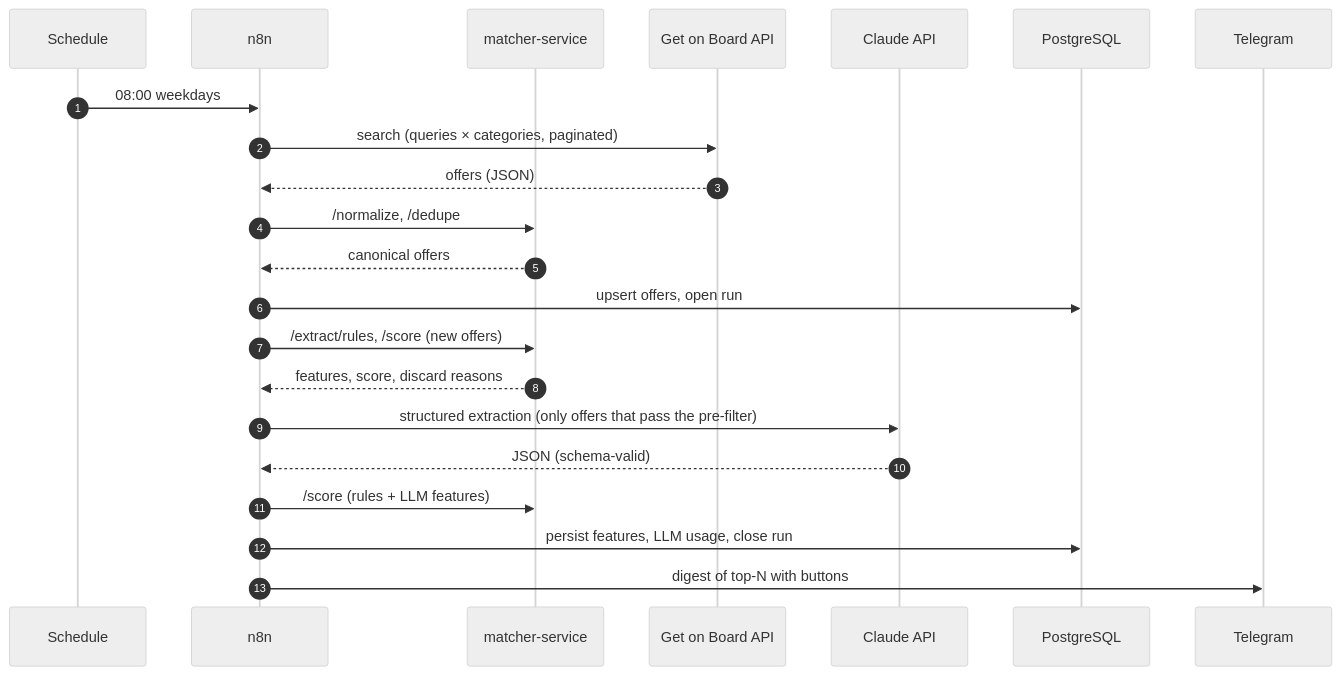
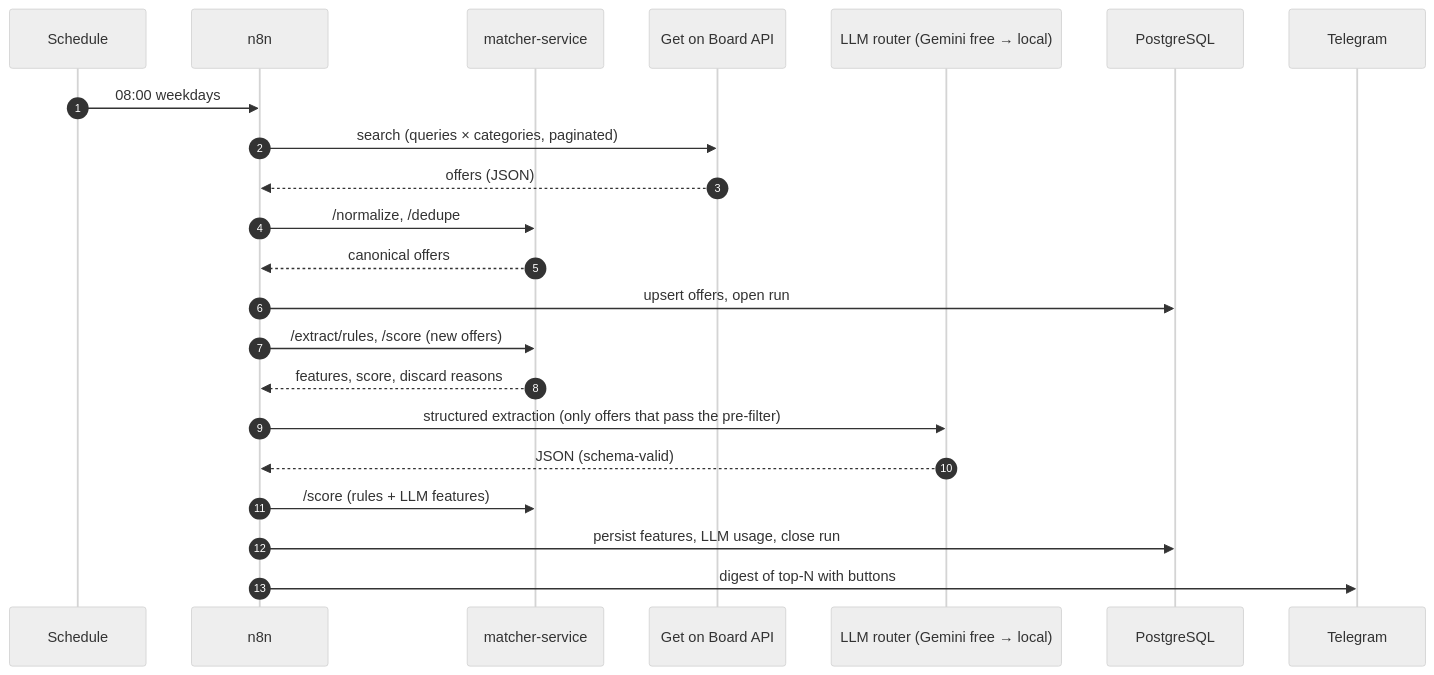
The first of 2 diagrams in docs/architecture.md (iramosv2000/n8n-job-matching-agent), drawn with Mermaid (neutral theme) before and after one commit. The commit also changed other lines of this file and 8 other files, not shown here.

````diff
--- a/docs/architecture.md
+++ b/docs/architecture.md
@@ -67,25 +69,25 @@
 ```mermaid
 sequenceDiagram
     autonumber
     participant S as Schedule
     participant N as n8n
     participant M as matcher-service
     participant G as Get on Board API
-    participant L as Claude API
+    participant L as LLM router (Gemini free → local)
     participant D as PostgreSQL
     participant T as Telegram
 
     S->>N: 08:00 weekdays
     N->>G: search (queries × categories, paginated)
     G-->>N: offers (JSON)
     N->>M: /normalize, /dedupe
     M-->>N: canonical offers
     N->>D: upsert offers, open run
     N->>M: /extract/rules, /score (new offers)
     M-->>N: features, score, discard reasons
     N->>L: structured extraction (only offers that pass the pre-filter)
     L-->>N: JSON (schema-valid)
     N->>M: /score (rules + LLM features)
     N->>D: persist features, LLM usage, close run
     N->>T: digest of top-N with buttons
 ```
````
